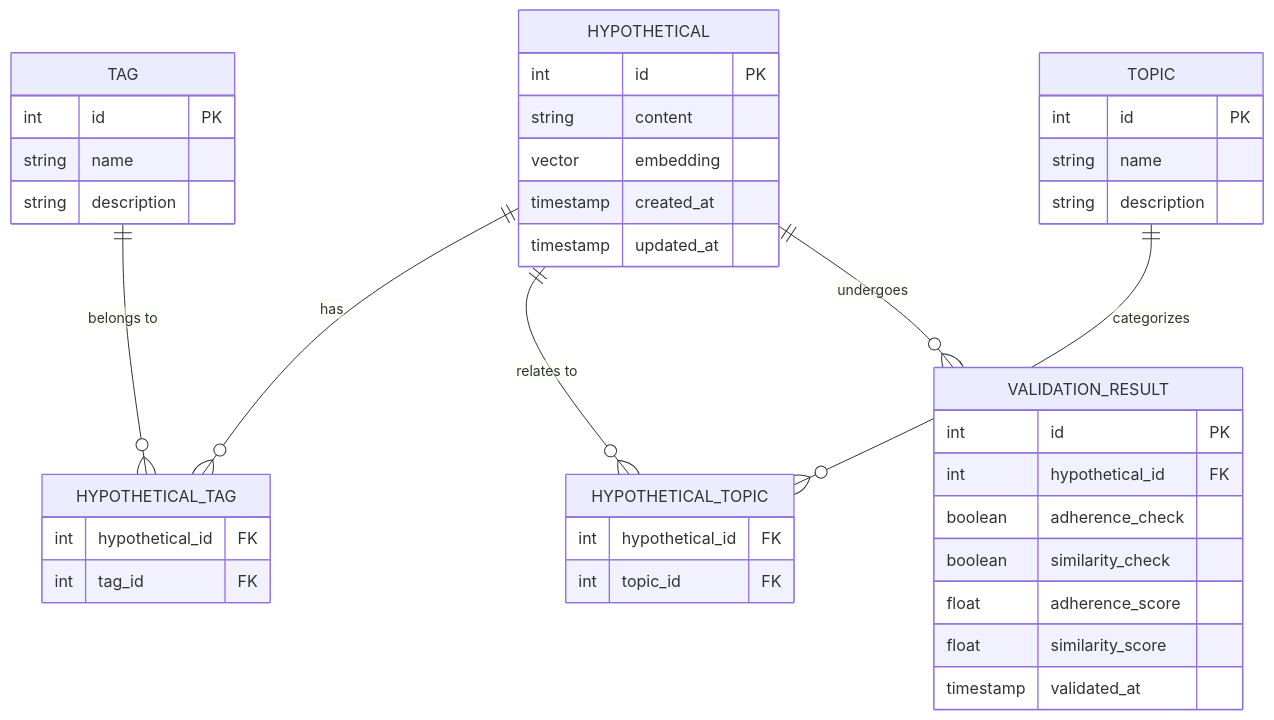
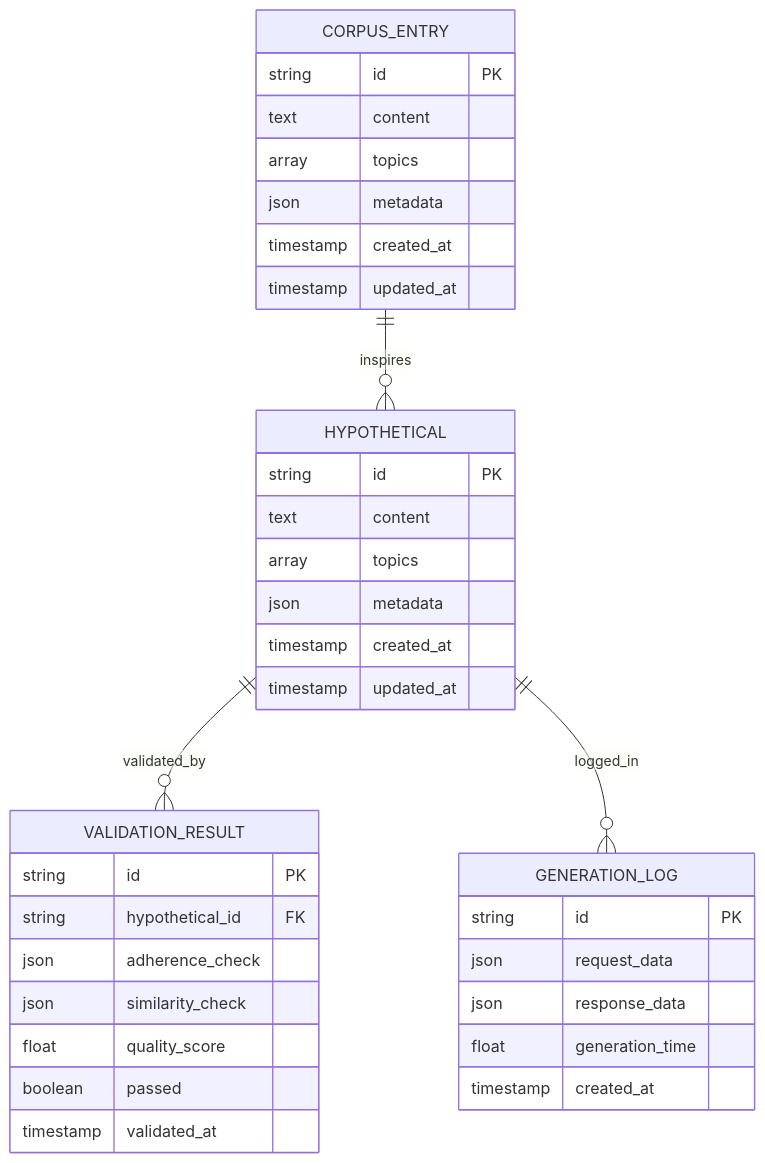
Before and after one commit to gongahkia/jikai: the fourth of 5 diagrams in README.md, drawn with Mermaid. The commit also changed other lines of this file and 24 other files, not shown here.

````diff
--- a/README.md
+++ b/README.md
@@ -52,43 +238,42 @@
 ```mermaid
 erDiagram
     HYPOTHETICAL {
-        int id PK
-        string content
-        vector embedding
+        string id PK
+        text content
+        array topics
+        json metadata
         timestamp created_at
         timestamp updated_at
     }
-    TAG {
-        int id PK
-        string name
-        string description
-    }
-    TOPIC {
-        int id PK
-        string name
-        string description
-    }
-    HYPOTHETICAL_TAG {
-        int hypothetical_id FK
-        int tag_id FK
-    }
-    HYPOTHETICAL_TOPIC {
-        int hypothetical_id FK
-        int topic_id FK
-    }
+    
     VALIDATION_RESULT {
-        int id PK
-        int hypothetical_id FK
-        boolean adherence_check
-        boolean similarity_check
-        float adherence_score
-        float similarity_score
+        string id PK
+        string hypothetical_id FK
+        json adherence_check
+        json similarity_check
+        float quality_score
+        boolean passed
         timestamp validated_at
     }
-
-    HYPOTHETICAL ||--o{ HYPOTHETICAL_TAG : "has"
-    TAG ||--o{ HYPOTHETICAL_TAG : "belongs to"
-    HYPOTHETICAL ||--o{ HYPOTHETICAL_TOPIC : "relates to"
-    TOPIC ||--o{ HYPOTHETICAL_TOPIC : "categorizes"
-    HYPOTHETICAL ||--o{ VALIDATION_RESULT : "undergoes"
+    
+    GENERATION_LOG {
+        string id PK
+        json request_data
+        json response_data
+        float generation_time
+        timestamp created_at
+    }
+    
+    CORPUS_ENTRY {
+        string id PK
+        text content
+        array topics
+        json metadata
+        timestamp created_at
+        timestamp updated_at
+    }
+    
+    HYPOTHETICAL ||--o{ VALIDATION_RESULT : "validated_by"
+    HYPOTHETICAL ||--o{ GENERATION_LOG : "logged_in"
+    CORPUS_ENTRY ||--o{ HYPOTHETICAL : "inspires"
 ```
````
